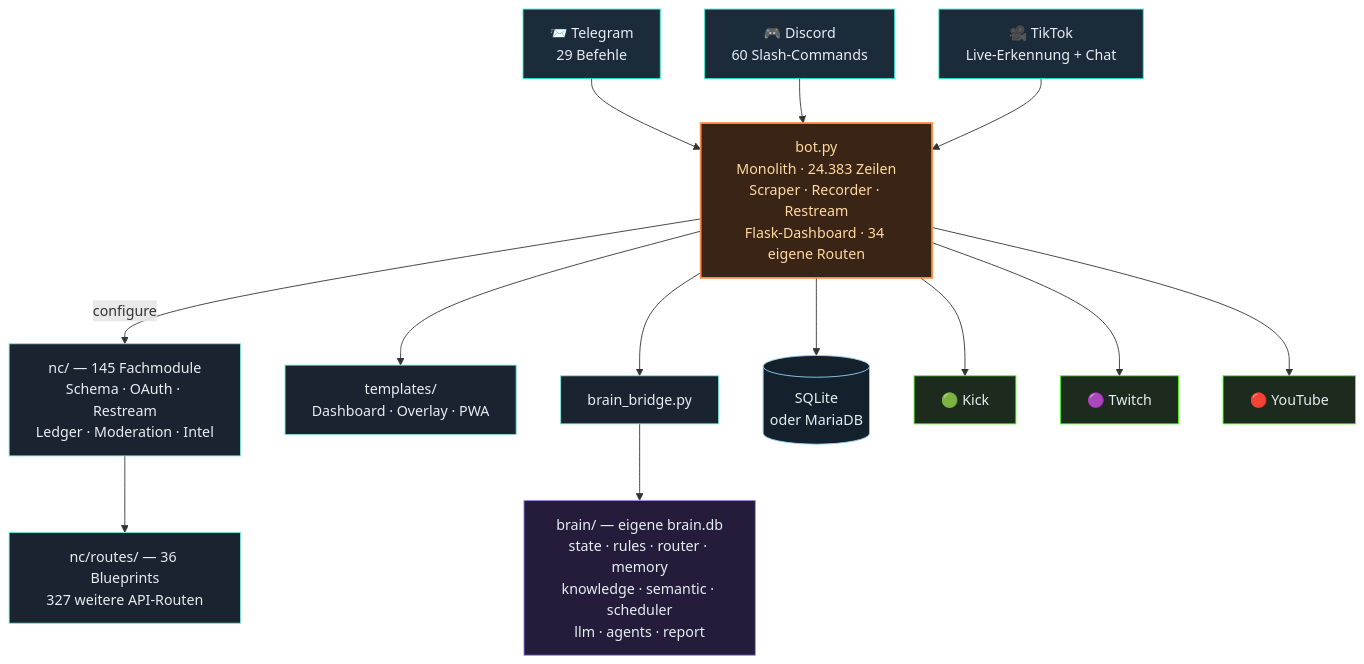
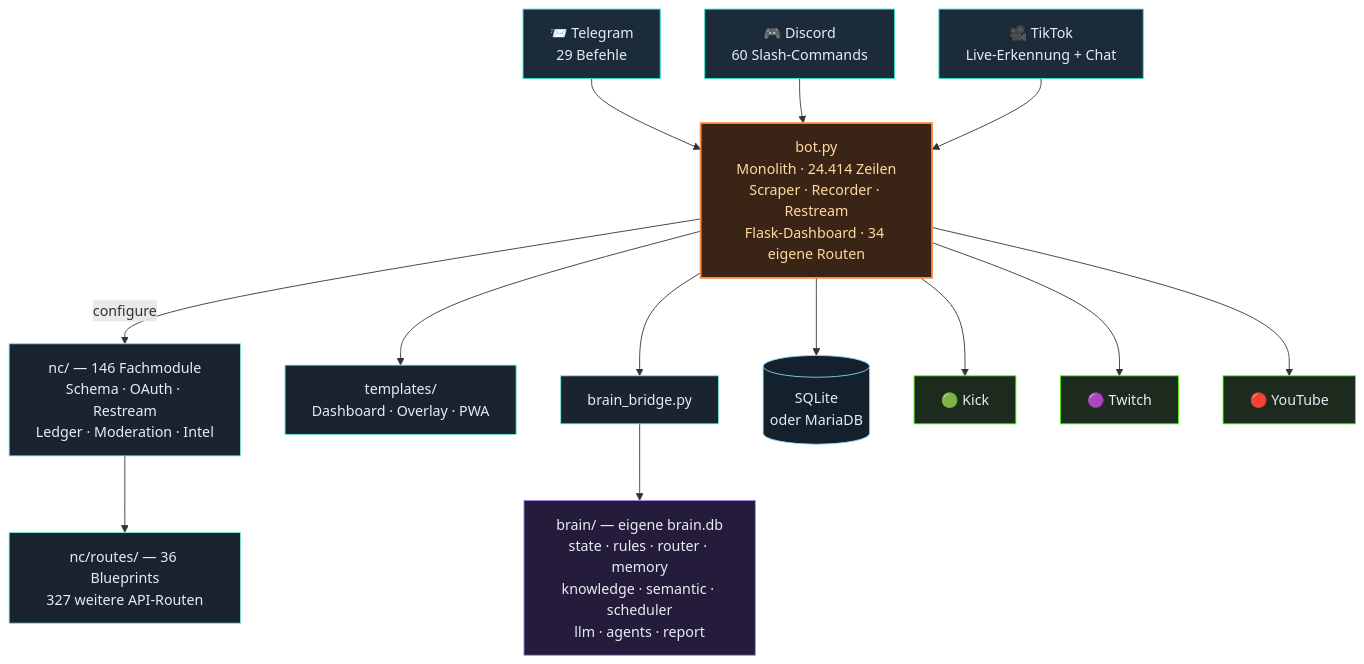
Before and after one commit to itsamemedev/Telegram-Stream-Info-Bot: the third of 4 diagrams in README.md, drawn with Mermaid. The commit also changed other lines of this file and 9 other files, not shown here.

````diff
--- a/README.md
+++ b/README.md
@@ -189,30 +189,30 @@
 ```mermaid
 flowchart TB
     TG["📨 Telegram<br/>29 Befehle"]:::ein
     DC["🎮 Discord<br/>60 Slash-Commands"]:::ein
     TT["🎥 TikTok<br/>Live-Erkennung + Chat"]:::ein
 
     TG --> BOT
     DC --> BOT
     TT --> BOT
 
-    BOT["bot.py<br/>Monolith · 24.383 Zeilen<br/>Scraper · Recorder · Restream<br/>Flask-Dashboard · 34 eigene Routen"]:::core
+    BOT["bot.py<br/>Monolith · 24.414 Zeilen<br/>Scraper · Recorder · Restream<br/>Flask-Dashboard · 34 eigene Routen"]:::core
 
-    BOT -->|configure| NC["nc/ — 145 Fachmodule<br/>Schema · OAuth · Restream<br/>Ledger · Moderation · Intel"]:::lib
+    BOT -->|configure| NC["nc/ — 146 Fachmodule<br/>Schema · OAuth · Restream<br/>Ledger · Moderation · Intel"]:::lib
     NC --> RT["nc/routes/ — 36 Blueprints<br/>327 weitere API-Routen"]:::lib
     BOT --> TPL["templates/<br/>Dashboard · Overlay · PWA"]:::lib
     BOT --> BR["brain_bridge.py"]:::lib
     BR --> BRAIN["brain/ — eigene brain.db<br/>state · rules · router · memory<br/>knowledge · semantic · scheduler<br/>llm · agents · report"]:::brain
     BOT --> DB[("SQLite<br/>oder MariaDB")]:::db
 
     BOT --> KICK["🟢 Kick"]:::out
     BOT --> TW["🟣 Twitch"]:::out
     BOT --> YT["🔴 YouTube"]:::out
 
     classDef ein fill:#1c2b3a,stroke:#2de1c2,color:#e6edf3
     classDef core fill:#3a2415,stroke:#ff8c42,stroke-width:2px,color:#ffd9a0
     classDef lib fill:#1a2430,stroke:#7fe7d4,color:#e6edf3
     classDef brain fill:#241c3a,stroke:#a78bfa,color:#e6edf3
     classDef db fill:#14202c,stroke:#8fd3f4,color:#e6edf3
     classDef out fill:#1c2b1e,stroke:#53fc18,color:#e6edf3
 ```
````
